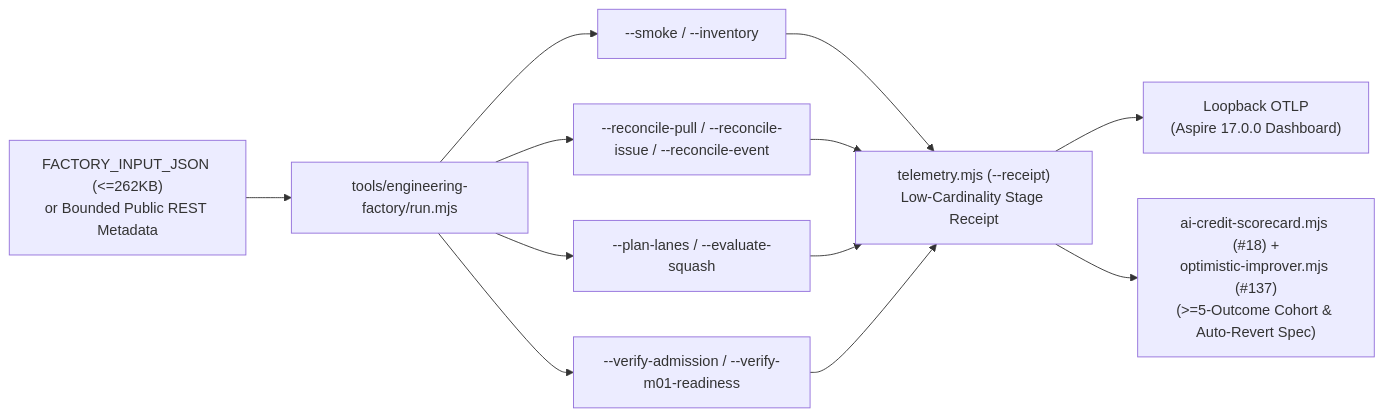
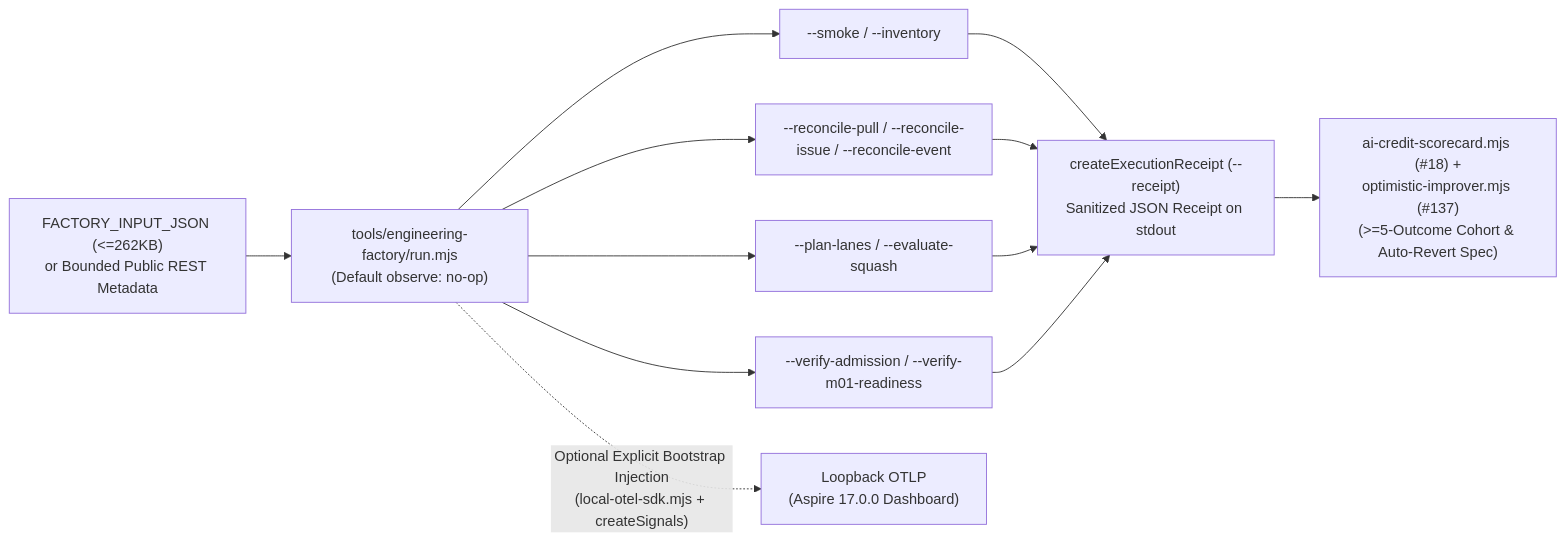
Before and after one commit to Jamula/SoftwareFactory: the third of 3 diagrams in docs/OPERATIONS.md, drawn with Mermaid. The commit also changed other lines of this file and 7 other files, not shown here.

````diff
--- a/docs/OPERATIONS.md
+++ b/docs/OPERATIONS.md
@@ -88,11 +90,11 @@
 ```mermaid
 flowchart LR
-  IN["FACTORY_INPUT_JSON (<=262KB)<br/>or Bounded Public REST Metadata"] --> CLI["tools/engineering-factory/run.mjs"]
+  IN["FACTORY_INPUT_JSON (<=262KB)<br/>or Bounded Public REST Metadata"] --> CLI["tools/engineering-factory/run.mjs<br/>(Default observe: no-op)"]
   CLI --> M1["--smoke / --inventory"]
   CLI --> M2["--reconcile-pull / --reconcile-issue / --reconcile-event"]
   CLI --> M3["--plan-lanes / --evaluate-squash"]
   CLI --> M4["--verify-admission / --verify-m01-readiness"]
-  M1 & M2 & M3 & M4 --> REC["telemetry.mjs (--receipt)<br/>Low-Cardinality Stage Receipt"]
-  REC --> OTLP["Loopback OTLP<br/>(Aspire 17.0.0 Dashboard)"]
+  M1 & M2 & M3 & M4 --> REC["createExecutionReceipt (--receipt)<br/>Sanitized JSON Receipt on stdout"]
+  CLI -. "Optional Explicit Bootstrap Injection<br/>(local-otel-sdk.mjs + createSignals)" .-> OTLP["Loopback OTLP<br/>(Aspire 17.0.0 Dashboard)"]
   REC --> KAIZEN["ai-credit-scorecard.mjs (#18) +<br/>optimistic-improver.mjs (#137)<br/>(>=5-Outcome Cohort & Auto-Revert Spec)"]
 ```
````
